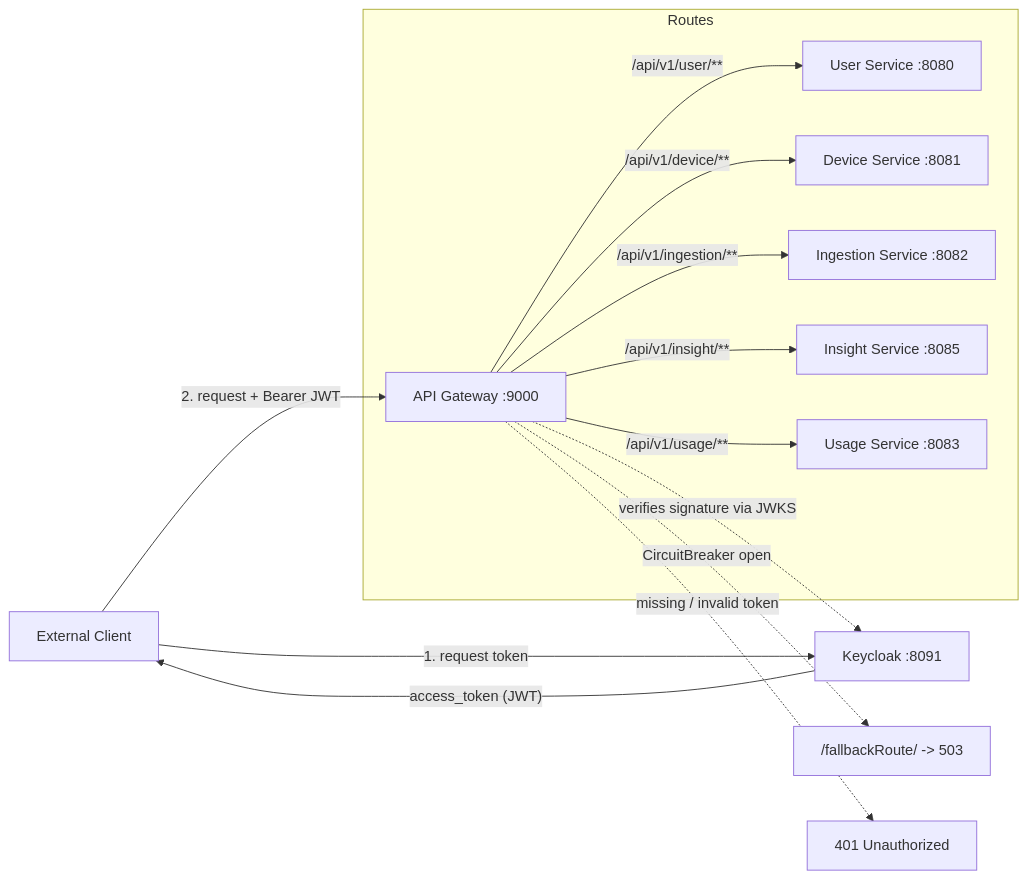
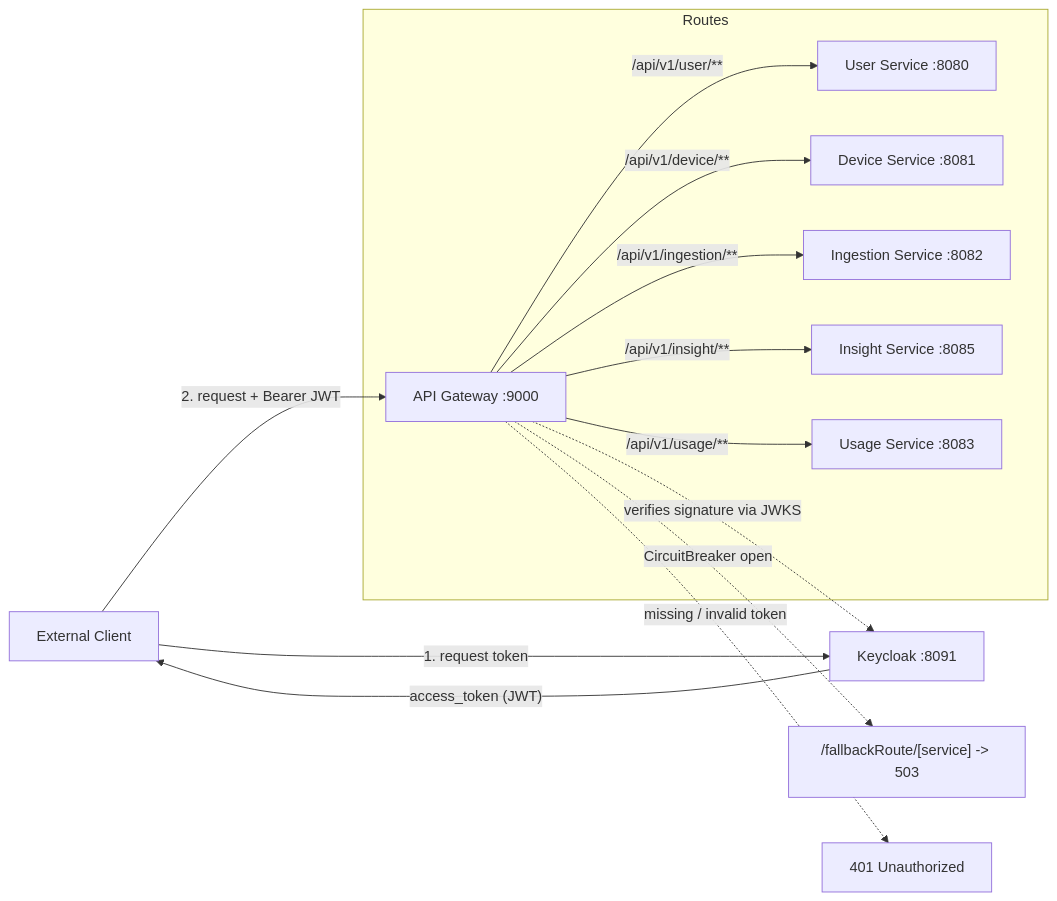
The diagram in api-gateway/README.md (PagarciaSima/ENERGY_TRACKER_MICROSERVICES), drawn with Mermaid before and after one commit. The commit also changed 5 other files, not shown here.

````diff
--- a/api-gateway/README.md
+++ b/api-gateway/README.md
@@ -34,18 +34,18 @@
 ```mermaid
 flowchart LR
     Client[External Client] -->|"1. request token"| KC["Keycloak :8091"]
     KC -->|"access_token (JWT)"| Client
     Client -->|"2. request + Bearer JWT"| GW["API Gateway :9000"]
 
     subgraph Routes
         GW -->|"/api/v1/user/**"| User["User Service :8080"]
         GW -->|"/api/v1/device/**"| Device["Device Service :8081"]
         GW -->|"/api/v1/ingestion/**"| Ingestion["Ingestion Service :8082"]
         GW -->|"/api/v1/insight/**"| Insight["Insight Service :8085"]
         GW -->|"/api/v1/usage/**"| Usage["Usage Service :8083"]
     end
 
     GW -.->|"verifies signature via JWKS"| KC
-    GW -.->|CircuitBreaker open| Fallback["/fallbackRoute/<service> -> 503"]
+    GW -.->|CircuitBreaker open| Fallback["/fallbackRoute/[service] -> 503"]
     GW -.->|"missing / invalid token"| Denied["401 Unauthorized"]
 ```
````
